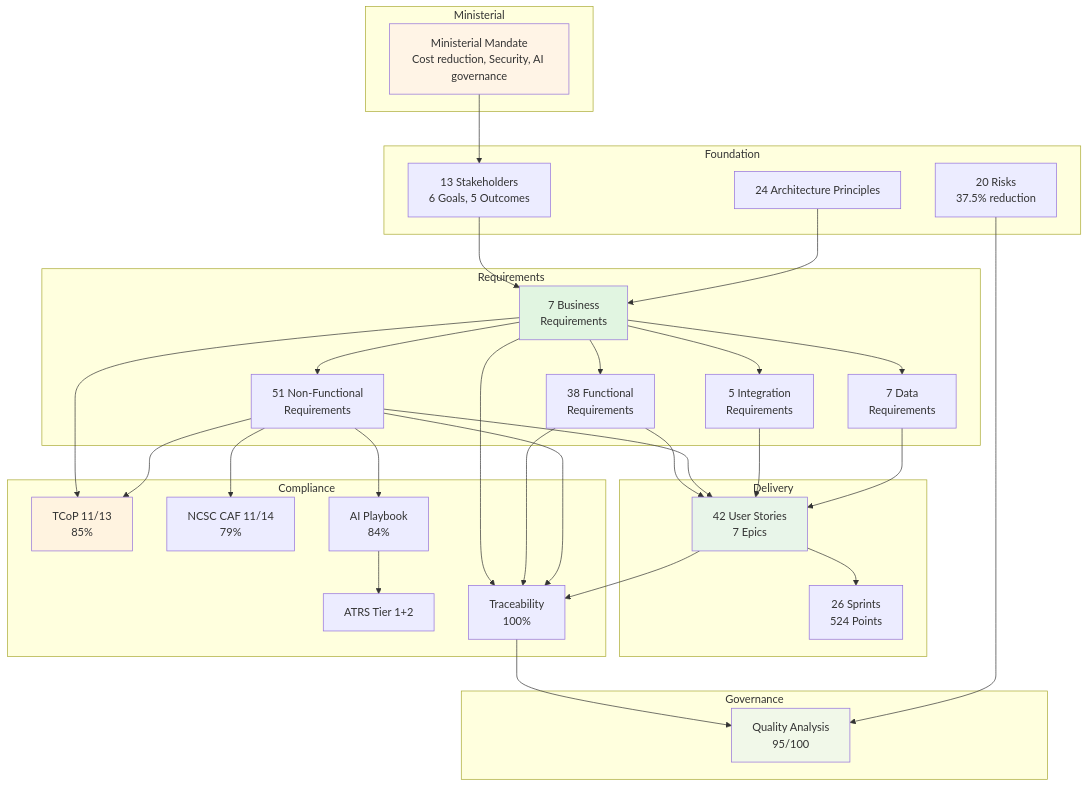
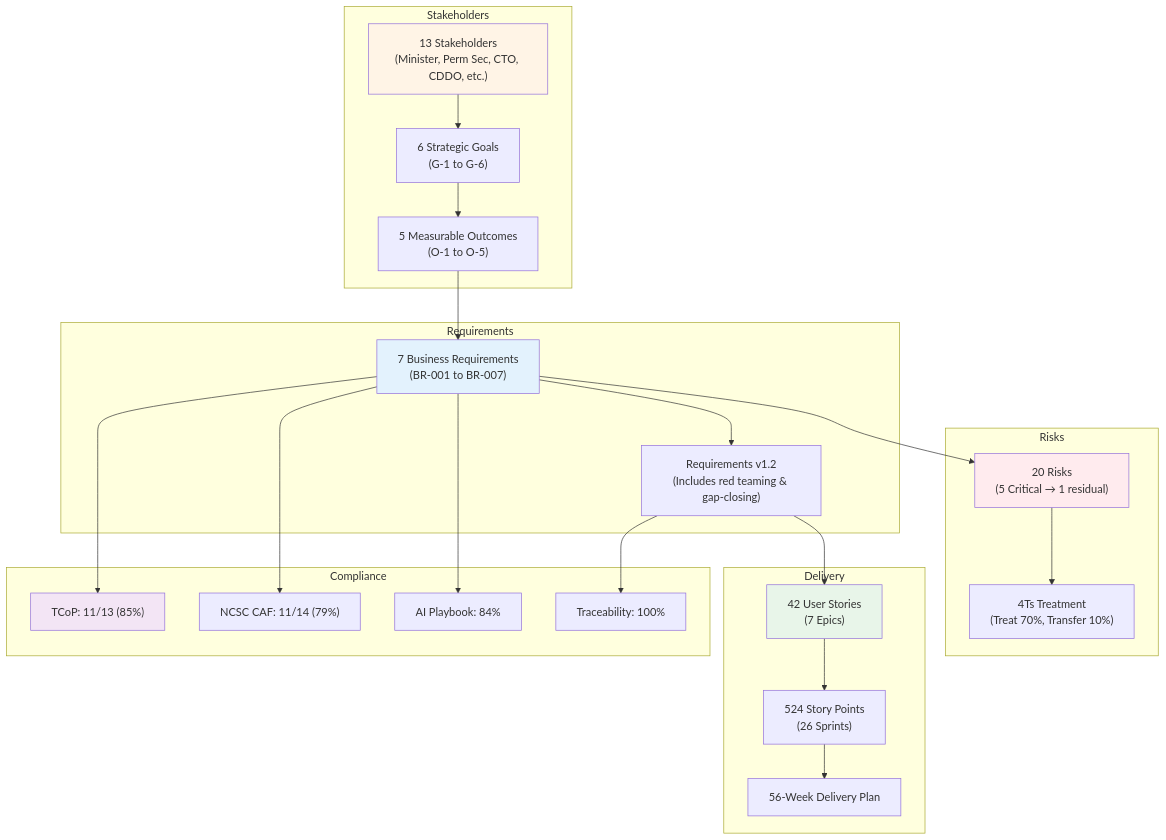
Before and after one commit to tractorjuice/arckit-test-project-v8-cabinet-office-genai: the third of 3 diagrams in projects/001-cabinet-office-genai/PROJECT-STORY.md, drawn with Mermaid. The commit also changed other lines of this file, not shown here.

First line of the commit message:
feat: PROJECT-STORY.md v7.0 - concise 648-line project story with updated template

````diff
--- a/projects/001-cabinet-office-genai/PROJECT-STORY.md
+++ b/projects/001-cabinet-office-genai/PROJECT-STORY.md
@@ -916,70 +428,51 @@
 ```mermaid
 flowchart TD
-    subgraph Ministerial
-        Mandate[Ministerial Mandate<br/>Cost reduction, Security, AI governance]
-    end
-
-    subgraph Foundation
-        Stakeholders[13 Stakeholders<br/>6 Goals, 5 Outcomes]
-        Principles[24 Architecture Principles]
-        Risk[20 Risks<br/>37.5% reduction]
+    subgraph Stakeholders
+        S1["13 Stakeholders<br/>(Minister, Perm Sec, CTO, CDDO, etc.)"]
+        S2["6 Strategic Goals<br/>(G-1 to G-6)"]
+        S3["5 Measurable Outcomes<br/>(O-1 to O-5)"]
     end
 
     subgraph Requirements
-        BR[7 Business<br/>Requirements]
-        FR[38 Functional<br/>Requirements]
-        NFR[51 Non-Functional<br/>Requirements]
-        INT[5 Integration<br/>Requirements]
-        DR[7 Data<br/>Requirements]
+        R1["7 Business Requirements<br/>(BR-001 to BR-007)"]
+        R2["Requirements v1.2<br/>(Includes red teaming & gap-closing)"]
+    end
+
+    subgraph Risks
+        RK1["20 Risks<br/>(5 Critical → 1 residual)"]
+        RK2["4Ts Treatment<br/>(Treat 70%, Transfer 10%)"]
     end
 
     subgraph Delivery
-        Stories[42 User Stories<br/>7 Epics]
-        Sprints[26 Sprints<br/>524 Points]
+        D1["42 User Stories<br/>(7 Epics)"]
+        D2["524 Story Points<br/>(26 Sprints)"]
+        D3["56-Week Delivery Plan"]
     end
 
     subgraph Compliance
-        TCoP[TCoP 11/13<br/>85%]
-        Secure[NCSC CAF 11/14<br/>79%]
-        AIPlaybook[AI Playbook<br/>84%]
-        ATRS[ATRS Tier 1+2]
-        Trace[Traceability<br/>100%]
+        C1["TCoP: 11/13 (85%)"]
+        C2["NCSC CAF: 11/14 (79%)"]
+        C3["AI Playbook: 84%"]
+        C4["Traceability: 100%"]
     end
 
-    subgraph Governance
-        Analysis[Quality Analysis<br/>95/100]
-    end
+    S1 --> S2
+    S2 --> S3
+    S3 --> R1
+    R1 --> R2
+    R1 --> RK1
+    RK1 --> RK2
+    R2 --> D1
+    D1 --> D2
+    D2 --> D3
+    R1 --> C1
+    R1 --> C2
+    R1 --> C3
+    R2 --> C4
 
-    Mandate --> Stakeholders
-    Stakeholders --> BR
-    Principles --> BR
-    BR --> FR
-    BR --> NFR
-    BR --> INT
-    BR --> DR
-    FR --> Stories
-    NFR --> Stories
-    INT --> Stories
-    DR --> Stories
-    Stories --> Sprints
-
-    BR --> TCoP
-    NFR --> TCoP
-    NFR --> Secure
-    NFR --> AIPlaybook
-    AIPlaybook --> ATRS
-
-    BR --> Trace
-    FR --> Trace
-    NFR --> Trace
-    Stories --> Trace
-
-    Trace --> Analysis
-    Risk --> Analysis
-
-    style Mandate fill:#fff4e6
-    style BR fill:#e1f5e1
-    style Stories fill:#e8f5e9
-    style TCoP fill:#fff3e0
-    style Analysis fill:#f1f8e9
+    style S1 fill:#fff4e6
+    style R1 fill:#e3f2fd
+    style RK1 fill:#ffebee
+    style D1 fill:#e8f5e9
+    style C1 fill:#f3e5f5
 ```
````
